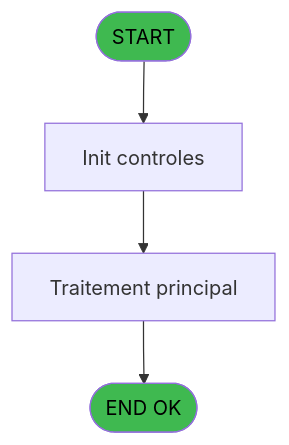
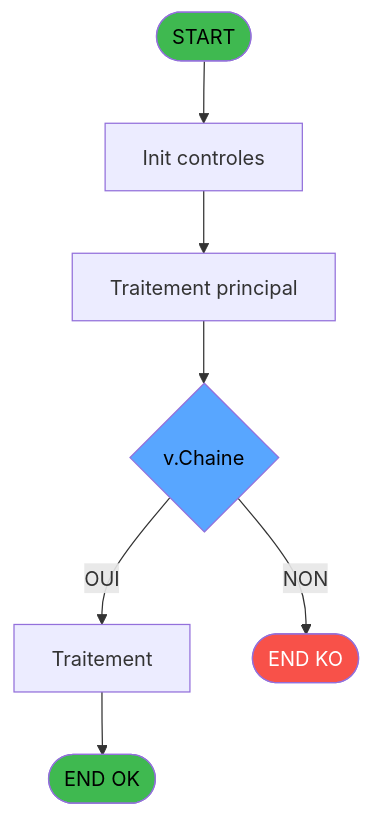
One commit to thonyAGP/lecteur-magic changed the first of 3 diagrams in .openspec/specs/ADH-IDE-5.md. Above: the diagram before and after it, drawn with Mermaid. The commit also changed other lines of this file and 493 other files, not shown here.

````diff
--- a/.openspec/specs/ADH-IDE-5.md
+++ b/.openspec/specs/ADH-IDE-5.md
@@ -71,13 +83,20 @@
 ```mermaid
 flowchart TD
     START([START])
     INIT[Init controles]
     SAISIE[Traitement principal]
+    DECISION{v.Chaine}
+    PROCESS[Traitement]
     ENDOK([END OK])
+    ENDKO([END KO])
 
-    START --> INIT --> SAISIE
-    SAISIE --> ENDOK
+    START --> INIT --> SAISIE --> DECISION
+    DECISION -->|OUI| PROCESS
+    DECISION -->|NON| ENDKO
+    PROCESS --> ENDOK
 
     style START fill:#3fb950,color:#000
     style ENDOK fill:#3fb950,color:#000
+    style ENDKO fill:#f85149,color:#fff
+    style DECISION fill:#58a6ff,color:#000
 ```
````
